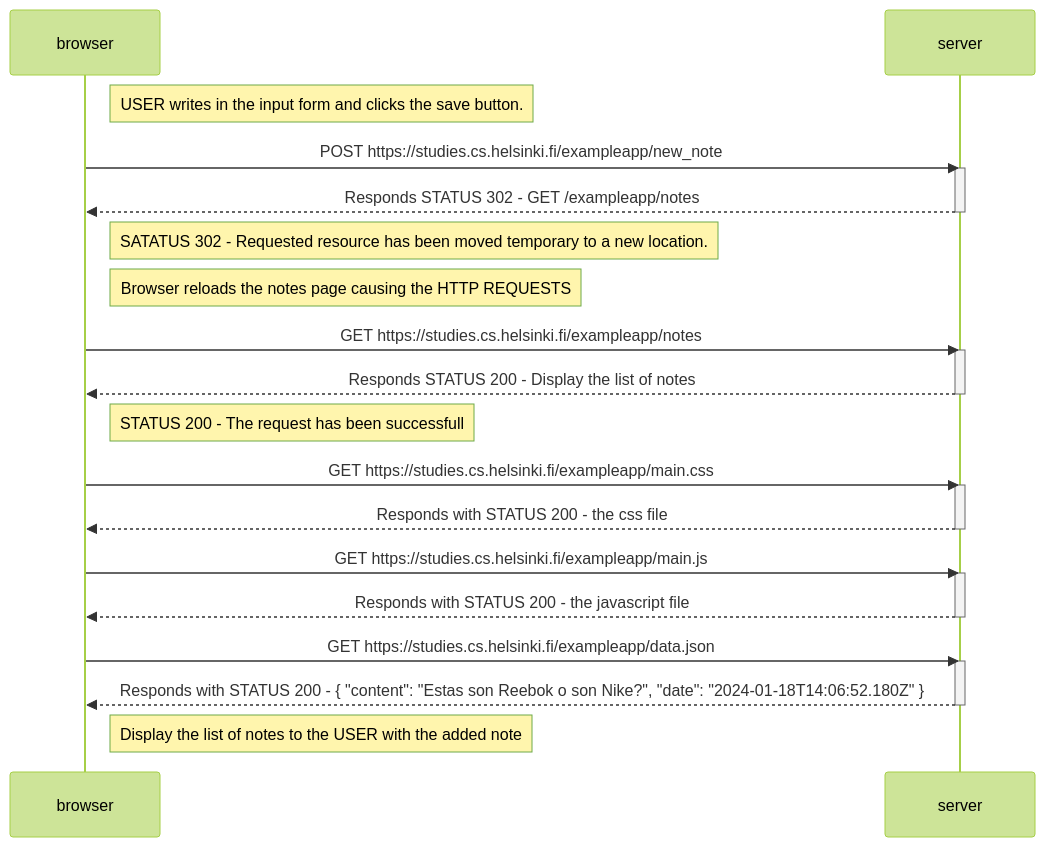
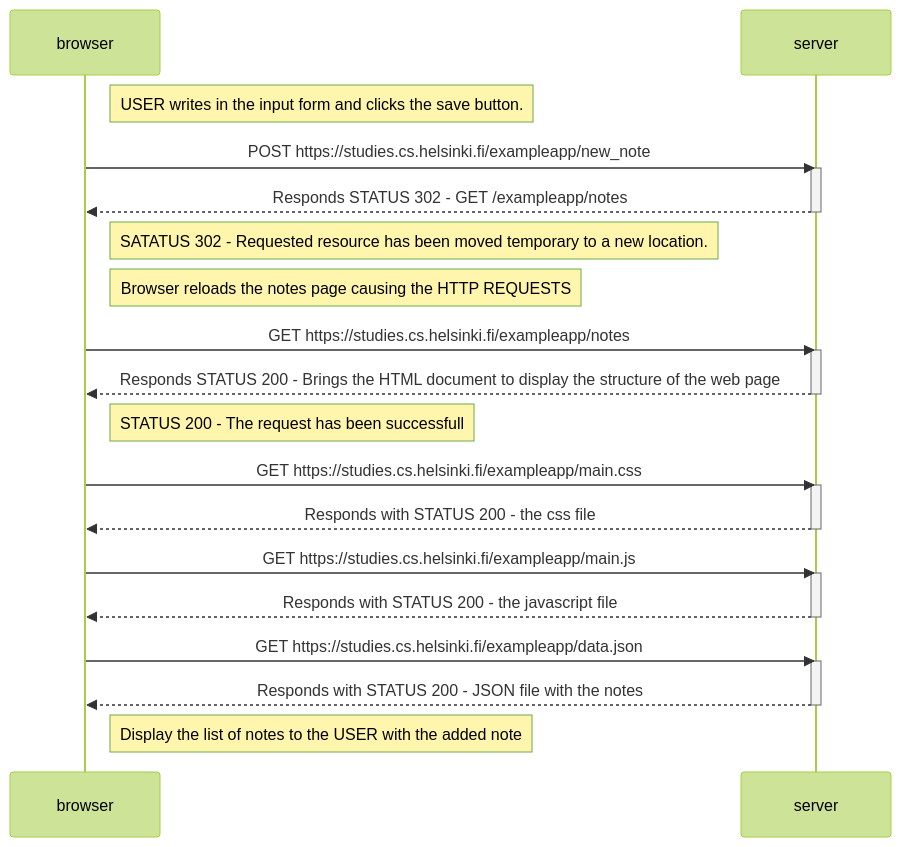
Before and after one commit to leandrojl/Part0-FullStackOpen: the first of 3 diagrams in README.md, drawn with Mermaid (forest theme). The commit also changed other lines of this file, not shown here.

````diff
--- a/README.md
+++ b/README.md
@@ -7,48 +7,49 @@
 ```mermaid
 sequenceDiagram
     participant browser
     participant server
 
     
     Note right of browser: USER writes in the input form and clicks the save button.
+
     browser->>server: POST https://studies.cs.helsinki.fi/exampleapp/new_note
     activate server
     server-->>browser: Responds STATUS 302 - GET /exampleapp/notes
     deactivate server
     Note right of browser: SATATUS 302 - Requested resource has been moved temporary to a new location.
     Note right of browser: Browser reloads the notes page causing the HTTP REQUESTS
 
     browser->>server: GET https://studies.cs.helsinki.fi/exampleapp/notes
     activate server
-    server-->>browser: Responds STATUS 200  - Display the list of notes
+    server-->>browser: Responds STATUS 200  - Brings the HTML document to display the structure of the web page
     deactivate server
     Note right of browser : STATUS 200 - The request has been successfull
     
     
 
     browser->>server: GET https://studies.cs.helsinki.fi/exampleapp/main.css
     activate server
     server-->>browser: Responds with STATUS 200 - the css file
     deactivate server
 
     browser->>server: GET https://studies.cs.helsinki.fi/exampleapp/main.js
 
     activate server
     server-->>browser: Responds with STATUS 200 - the javascript file
     deactivate server
 
     browser->>server: GET https://studies.cs.helsinki.fi/exampleapp/data.json
 
 
     activate server
-    server-->>browser: Responds with STATUS 200 - { "content": "Estas son Reebok o son Nike?", "date": "2024-01-18T14:06:52.180Z" }
+    server-->>browser: Responds with STATUS 200 - JSON file with the notes
     deactivate server
     Note right of browser: Display the list of notes to the USER with the added note
     
     
 
     
     
 
     
 ```
````
